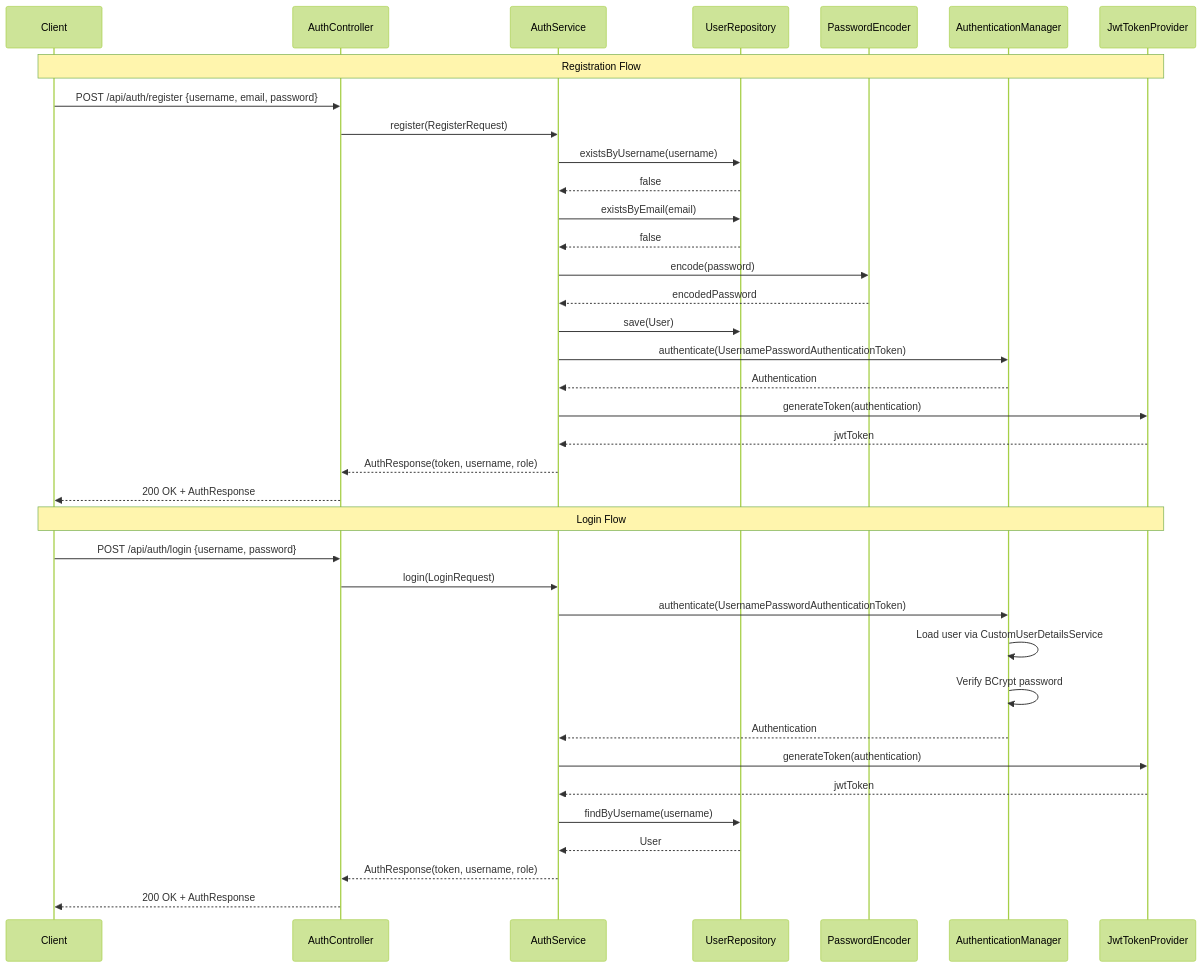
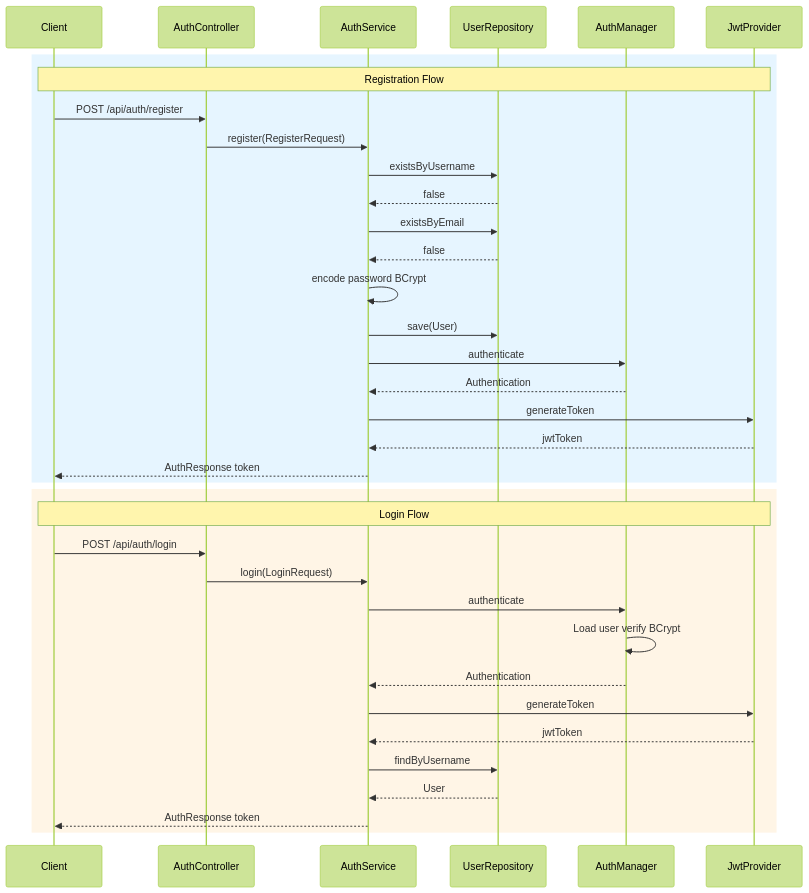
The second of 14 diagrams in README.md (sawmikcuet19/cassardra-springboot), drawn with Mermaid (forest theme) before and after one commit. The commit also changed other lines of this file, not shown here.

Commit message:
Fix JWT sequence diagram and Security Rules flowchart for GitHub Mermaid

````diff
--- a/README.md
+++ b/README.md
@@ -150,41 +150,40 @@
 ```mermaid
 sequenceDiagram
     participant C as Client
     participant AC as AuthController
     participant AS as AuthService
-    participant UR as UserRepository
-    participant PE as PasswordEncoder
-    participant AM as AuthenticationManager
-    participant JP as JwtTokenProvider
+    participant DB as UserRepository
+    participant AM as AuthManager
+    participant JP as JwtProvider
 
+    rect rgb(230, 245, 255)
     Note over C,JP: Registration Flow
-    C->>AC: POST /api/auth/register {username, email, password}
+    C->>AC: POST /api/auth/register
     AC->>AS: register(RegisterRequest)
-    AS->>UR: existsByUsername(username)
-    UR-->>AS: false
-    AS->>UR: existsByEmail(email)
-    UR-->>AS: false
-    AS->>PE: encode(password)
-    PE-->>AS: encodedPassword
-    AS->>UR: save(User)
-    AS->>AM: authenticate(UsernamePasswordAuthenticationToken)
+    AS->>DB: existsByUsername
+    DB-->>AS: false
+    AS->>DB: existsByEmail
+    DB-->>AS: false
+    AS->>AS: encode password BCrypt
+    AS->>DB: save(User)
+    AS->>AM: authenticate
     AM-->>AS: Authentication
-    AS->>JP: generateToken(authentication)
+    AS->>JP: generateToken
     JP-->>AS: jwtToken
-    AS-->>AC: AuthResponse(token, username, role)
-    AC-->>C: 200 OK + AuthResponse
+    AS-->>C: AuthResponse token
+    end
 
+    rect rgb(255, 245, 230)
     Note over C,JP: Login Flow
-    C->>AC: POST /api/auth/login {username, password}
+    C->>AC: POST /api/auth/login
     AC->>AS: login(LoginRequest)
-    AS->>AM: authenticate(UsernamePasswordAuthenticationToken)
-    AM->>AM: Load user via CustomUserDetailsService
-    AM->>AM: Verify BCrypt password
+    AS->>AM: authenticate
+    AM->>AM: Load user verify BCrypt
     AM-->>AS: Authentication
-    AS->>JP: generateToken(authentication)
+    AS->>JP: generateToken
     JP-->>AS: jwtToken
-    AS->>UR: findByUsername(username)
-    UR-->>AS: User
-    AS-->>AC: AuthResponse(token, username, role)
-    AC-->>C: 200 OK + AuthResponse
+    AS->>DB: findByUsername
+    DB-->>AS: User
+    AS-->>C: AuthResponse token
+    end
 ```
````
